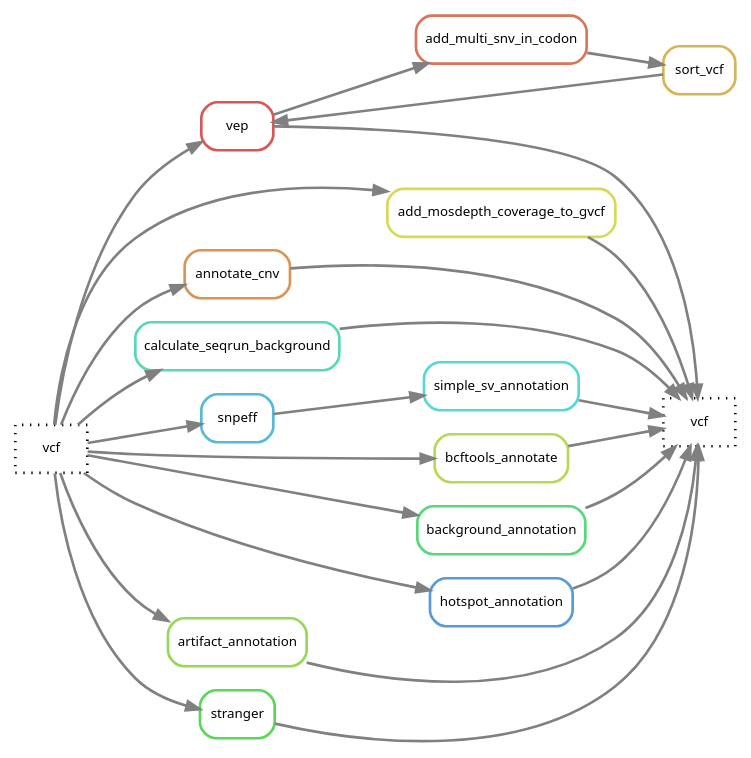
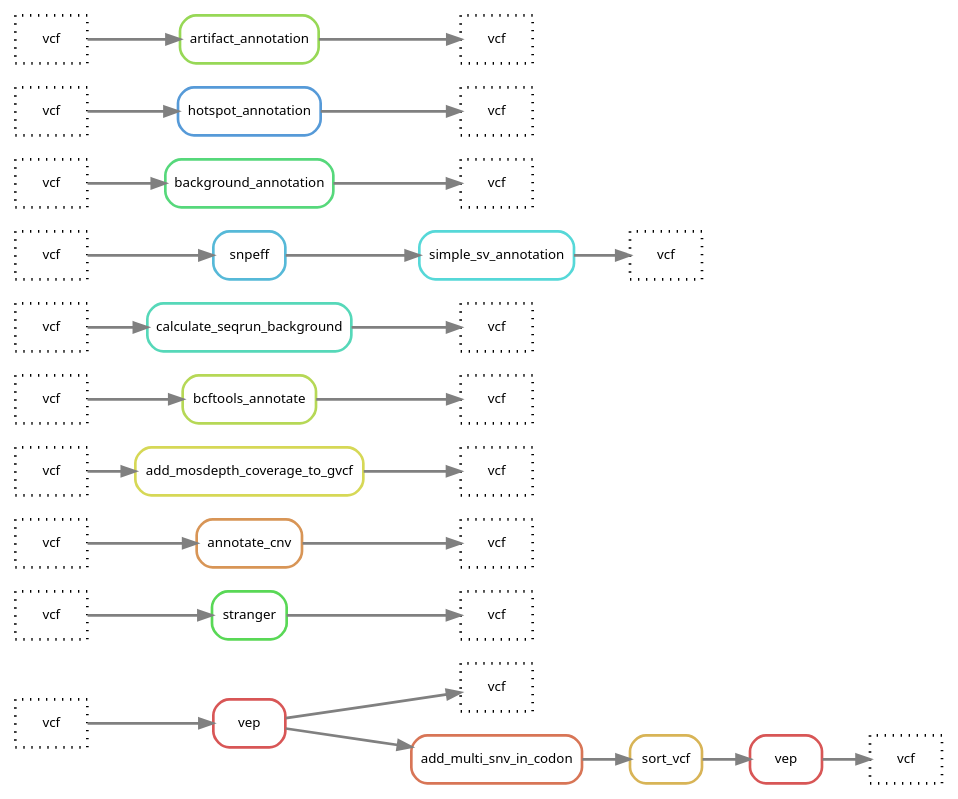
One commit to hydra-genetics/annotation changed the diagram in docs/images/annotation.dot. Above: the diagram before and after it, drawn with Graphviz. The commit also changed 1 other file, not shown here.

```diff
--- a/docs/images/annotation.dot
+++ b/docs/images/annotation.dot
@@ -1,45 +1,67 @@
 digraph snakemake_dag {
 	rankdir=LR;
     graph[bgcolor=white, margin=0];
     node[shape=box, style=rounded, fontname=sans,                 fontsize=10, penwidth=2];
     edge[penwidth=2, color=grey];
-	0[label = "vcf", color = "0.0 0.0 0.0", style="dotted"];
+	0[label = "vcf", color = "0.50 0.50 0.0", style="dotted"];
+	100[label = "vcf", color = "0.50 0.50 0.0", style="dotted"];
+	101[label = "vcf", color = "0.50 0.50 0.0", style="dotted"];
+	102[label = "vcf", color = "0.50 0.50 0.0", style="dotted"];
+	103[label = "vcf", color = "0.50 0.50 0.0", style="dotted"];
+	104[label = "vcf", color = "0.50 0.50 0.0", style="dotted"];
+	105[label = "vcf", color = "0.50 0.50 0.0", style="dotted"];
+	106[label = "vcf", color = "0.50 0.50 0.0", style="dotted"];
+	107[label = "vcf", color = "0.50 0.50 0.0", style="dotted"];
+	108[label = "vcf", color = "0.50 0.50 0.0", style="dotted"];
+	109[label = "vcf", color = "0.50 0.50 0.0", style="dotted"];
 	1[label = "add_mosdepth_coverage_to_gvcf", color = "0.17 0.6 0.85", style="rounded"];
 	2[label = "vep", color = "0.00 0.6 0.85", style="rounded"];
+	22[label = "vep", color = "0.00 0.6 0.85", style="rounded"];
 	3[label = "simple_sv_annotation", color = "0.50 0.6 0.85", style="rounded"];
 	4[label = "snpeff", color = "0.54 0.6 0.85", style="rounded"];
 	5[label = "bcftools_annotate", color = "0.21 0.6 0.85", style="rounded"];
 	7[label = "background_annotation", color = "0.38 0.6 0.85", style="rounded"];
 	8[label = "hotspot_annotation", color = "0.58 0.6 0.85", style="rounded"];
 	9[label = "artifact_annotation", color = "0.25 0.6 0.85", style="rounded"];
 	11[label = "sort_vcf", color = "0.12 0.6 0.85", style="rounded"];
 	12[label = "add_multi_snv_in_codon", color = "0.04 0.6 0.85", style="rounded"];
 	13[label = "stranger", color = "0.33 0.6 0.85", style="rounded"];
 	14[label = "annotate_cnv", color = "0.08 0.6 0.85", style="rounded"];
 	15[label = "calculate_seqrun_background", color = "0.46 0.6 0.85", style="rounded"];
 	16[label = "vcf", color = "0.0 0.0 0.0", style="dotted"];
+	161[label = "vcf", color = "0.0 0.0 0.0", style="dotted"];
+	162[label = "vcf", color = "0.0 0.0 0.0", style="dotted"];
+	163[label = "vcf", color = "0.0 0.0 0.0", style="dotted"];
+	164[label = "vcf", color = "0.0 0.0 0.0", style="dotted"];
+	165[label = "vcf", color = "0.0 0.0 0.0", style="dotted"];
+	166[label = "vcf", color = "0.0 0.0 0.0", style="dotted"];
+	167[label = "vcf", color = "0.0 0.0 0.0", style="dotted"];
+	168[label = "vcf", color = "0.0 0.0 0.0", style="dotted"];
+	169[label = "vcf", color = "0.0 0.0 0.0", style="dotted"];
+	
+	161 -> 13
+	13 -> 100
+	162 -> 14
+	14 -> 101
+	163 -> 1
+	1 -> 102
+	164 -> 5
+	5 -> 103
+	165 -> 15
+	15 -> 104
+	166 -> 4
+	4 -> 3
+	3 -> 105
+	167 -> 7
+	7 -> 106
+	168 -> 8
+	8 -> 107
+	169 -> 9
+	9 -> 108
 	16 -> 2
-	16 -> 13
-	16 -> 14
-	16 -> 1
-	16 -> 5
-	16 -> 15
-	16 -> 4
-	16 -> 7
-	16 -> 8
-	16 -> 9
 	2 -> 12
 	2 -> 0
-	13 -> 0
-	11 -> 2
-	14 -> 0
-	1 -> 0
-	5 -> 0
-	15 -> 0
-	3 -> 0
-	4 -> 3
-	7 -> 0
-	8 -> 0
-	9 -> 0
 	12 -> 11
+	11 -> 22
+	22 -> 109
 }            
```
